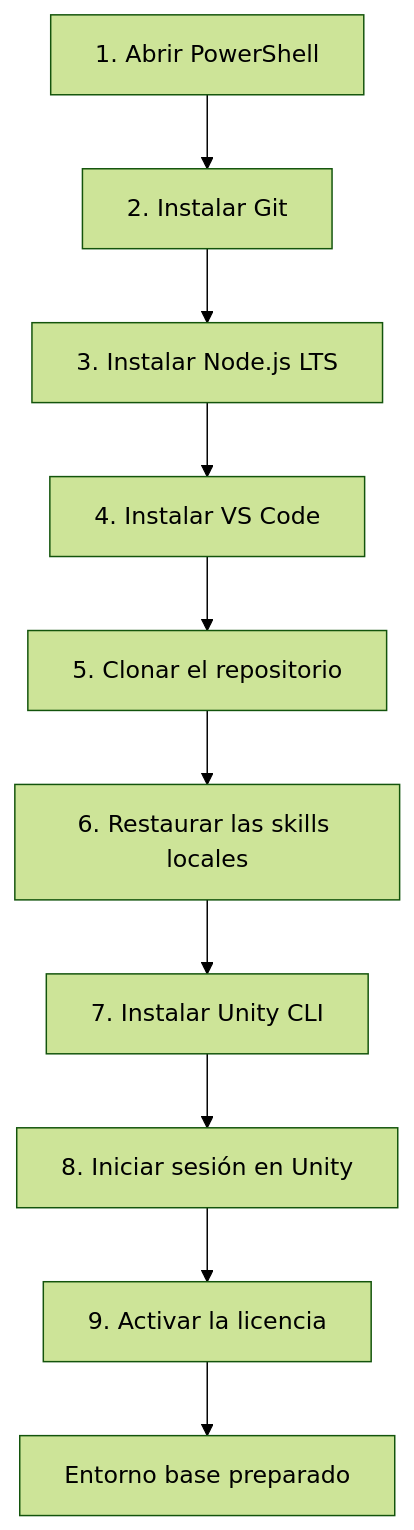
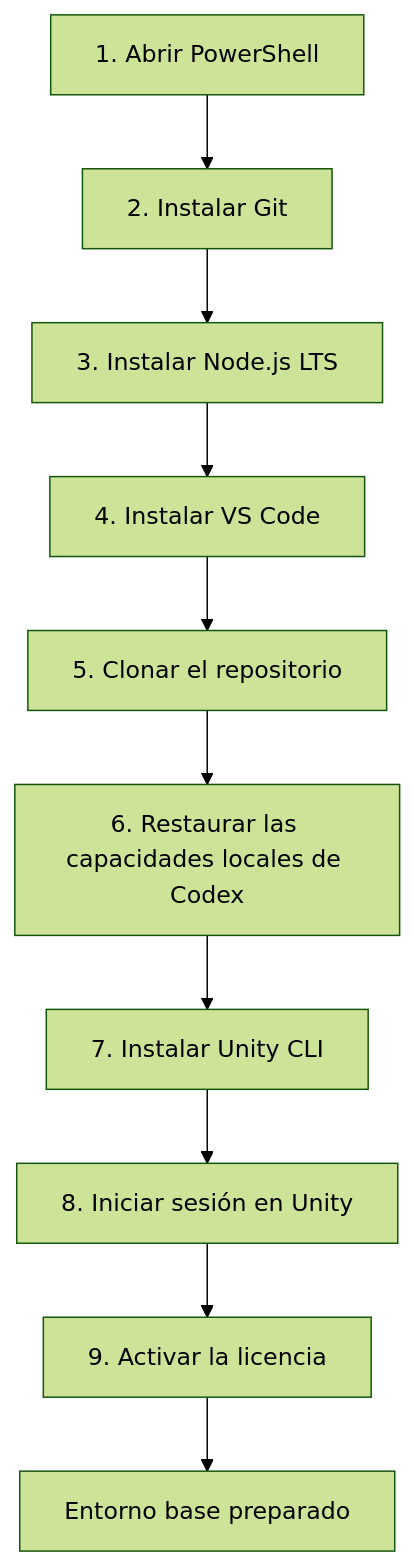
The first of 3 diagrams in README.md (jcarrenogallego/learning-unity), drawn with Mermaid (forest theme) before and after one commit. The commit also changed other lines of this file and 4 other files, not shown here.

````diff
--- a/README.md
+++ b/README.md
@@ -23,12 +21,12 @@
 ```mermaid
 flowchart TD
     A[1. Abrir PowerShell] --> B[2. Instalar Git]
     B --> C[3. Instalar Node.js LTS]
     C --> D[4. Instalar VS Code]
     D --> E[5. Clonar el repositorio]
-    E --> F[6. Restaurar las skills locales]
+    E --> F[6. Restaurar las capacidades locales de Codex]
     F --> G[7. Instalar Unity CLI]
     G --> H[8. Iniciar sesión en Unity]
     H --> I[9. Activar la licencia]
     I --> J[Entorno base preparado]
 ```
````
